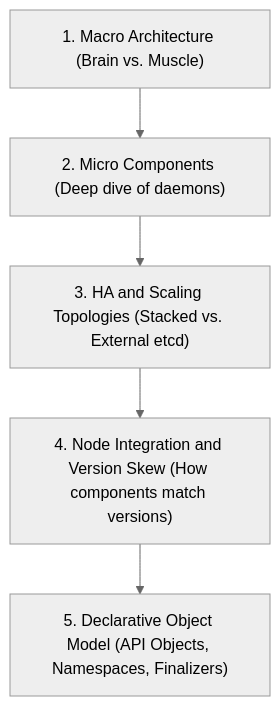
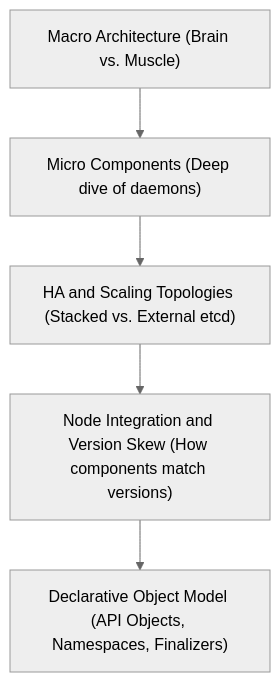
Before and after one commit to kmashour/BrainDump: the first of 2 diagrams in Reference Notes/02_cluster_architecture_and_components.md, drawn with Mermaid (neutral theme). The commit also changed 15 other files, not shown here.

Commit message:
docs: remove leading numbers from mermaid node labels to avoid list parsing errors

````diff
--- a/Reference Notes/02_cluster_architecture_and_components.md
+++ b/Reference Notes/02_cluster_architecture_and_components.md
@@ -11,7 +11,7 @@
 ```mermaid
 graph TD
-    A["1. Macro Architecture (Brain vs. Muscle)"] --> B["2. Micro Components (Deep dive of daemons)"]
-    B --> C["3. HA and Scaling Topologies (Stacked vs. External etcd)"]
-    C --> D["4. Node Integration and Version Skew (How components match versions)"]
-    D --> E["5. Declarative Object Model (API Objects, Namespaces, Finalizers)"]
+    A["Macro Architecture (Brain vs. Muscle)"] --> B["Micro Components (Deep dive of daemons)"]
+    B --> C["HA and Scaling Topologies (Stacked vs. External etcd)"]
+    C --> D["Node Integration and Version Skew (How components match versions)"]
+    D --> E["Declarative Object Model (API Objects, Namespaces, Finalizers)"]
 ```
````
